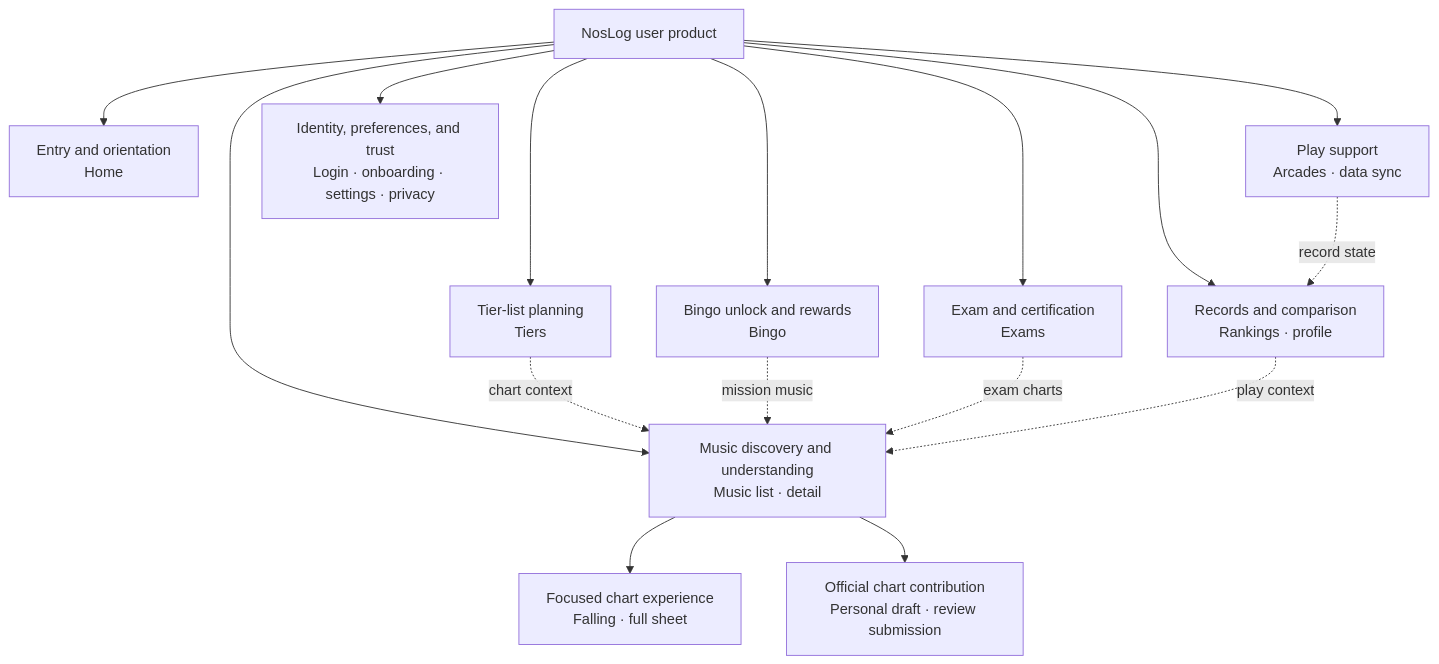
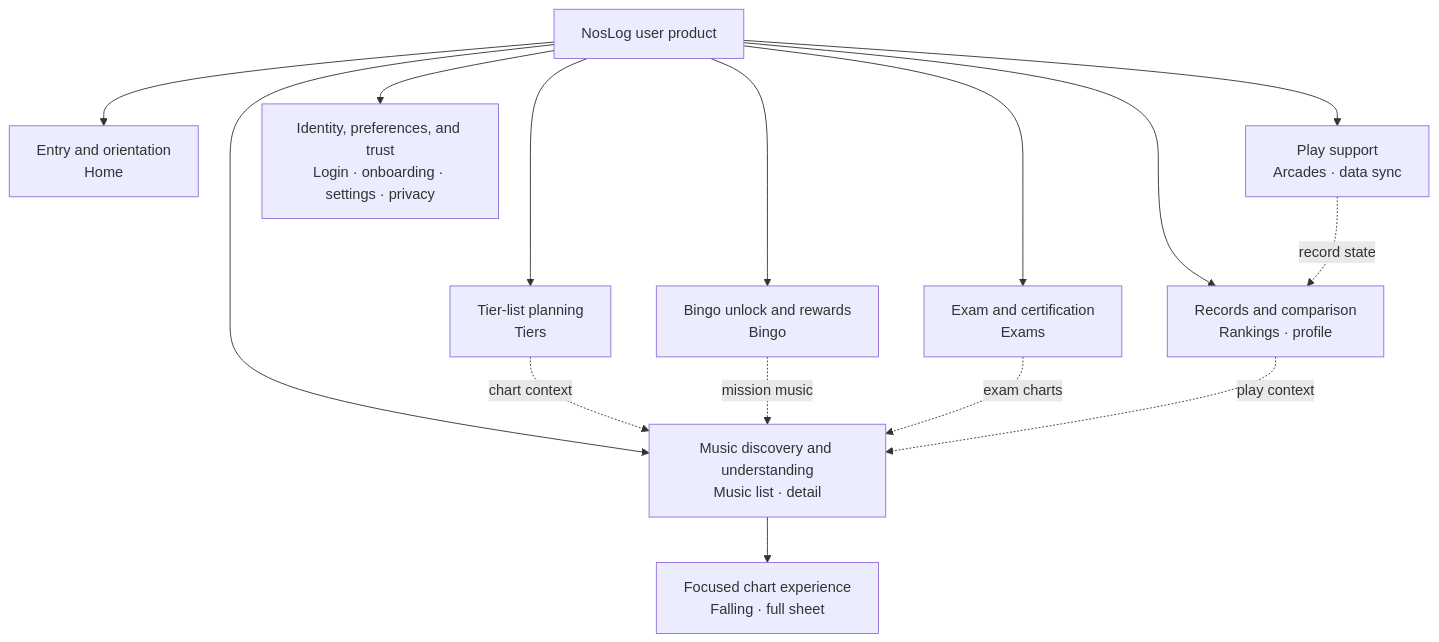
The diagram in docs/design/02-information-architecture.md (Anchovia/noslog), drawn with Mermaid before and after one commit. The commit also changed other lines of this file and 160 other files, not shown here.

````diff
--- a/docs/design/02-information-architecture.md
+++ b/docs/design/02-information-architecture.md
@@ -211,30 +211,28 @@
 ```mermaid
 flowchart TD
     ROOT["NosLog user product"]
     HOME["Entry and orientation<br/>Home"]
     MUSIC["Music discovery and understanding<br/>Music list · detail"]
     TIERS["Tier-list planning<br/>Tiers"]
     BINGO["Bingo unlock and rewards<br/>Bingo"]
     EXAMS["Exam and certification<br/>Exams"]
     RECORDS["Records and comparison<br/>Rankings · profile"]
     SUPPORT["Play support<br/>Arcades · data sync"]
     TRUST["Identity, preferences, and trust<br/>Login · onboarding · settings · privacy"]
     VIEWER["Focused chart experience<br/>Falling · full sheet"]
-    AUTHOR["Official chart contribution<br/>Personal draft · review submission"]
 
     ROOT --> HOME
     ROOT --> MUSIC
     ROOT --> TIERS
     ROOT --> BINGO
     ROOT --> EXAMS
     ROOT --> RECORDS
     ROOT --> SUPPORT
     ROOT --> TRUST
     MUSIC --> VIEWER
-    MUSIC --> AUTHOR
     TIERS -. "chart context" .-> MUSIC
     BINGO -. "mission music" .-> MUSIC
     EXAMS -. "exam charts" .-> MUSIC
     RECORDS -. "play context" .-> MUSIC
     SUPPORT -. "record state" .-> RECORDS
 ```
````
